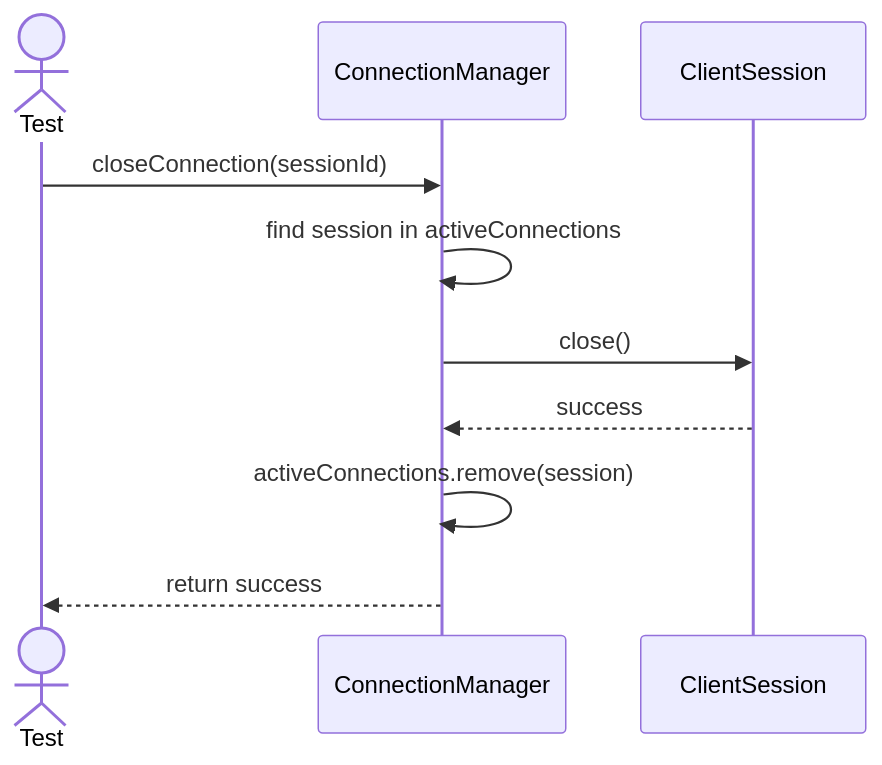
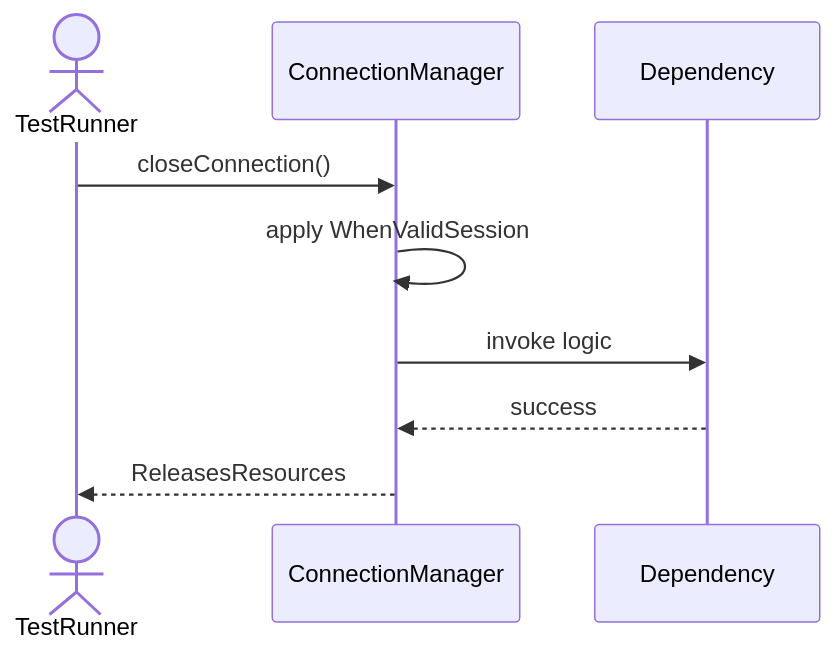
The fourth of 10 diagrams in Sequences/Core/ConnectionManager.md (TamBui1706/DBMS), drawn with Mermaid before and after one commit. The commit also changed other lines of this file and 63 other files, not shown here.

Commit message:
Draw sequence diagram for unit tests

````diff
--- a/Sequences/Core/ConnectionManager.md
+++ b/Sequences/Core/ConnectionManager.md
@@ -58,13 +60,10 @@
 ```mermaid
 sequenceDiagram
-    actor Test
+    actor TestRunner
     participant ConnectionManager
-    participant ClientSession
-
-    Test->>ConnectionManager: closeConnection(sessionId)
-    ConnectionManager->>ConnectionManager: find session in activeConnections
-    ConnectionManager->>ClientSession: close()
-    ClientSession-->>ConnectionManager: success
-    ConnectionManager->>ConnectionManager: activeConnections.remove(session)
-    ConnectionManager-->>Test: return success
+    TestRunner->>ConnectionManager: closeConnection()
+    ConnectionManager->>ConnectionManager: apply WhenValidSession
+    ConnectionManager->>Dependency: invoke logic
+    Dependency-->>ConnectionManager: success
+    ConnectionManager-->>TestRunner: ReleasesResources
 ```
````
